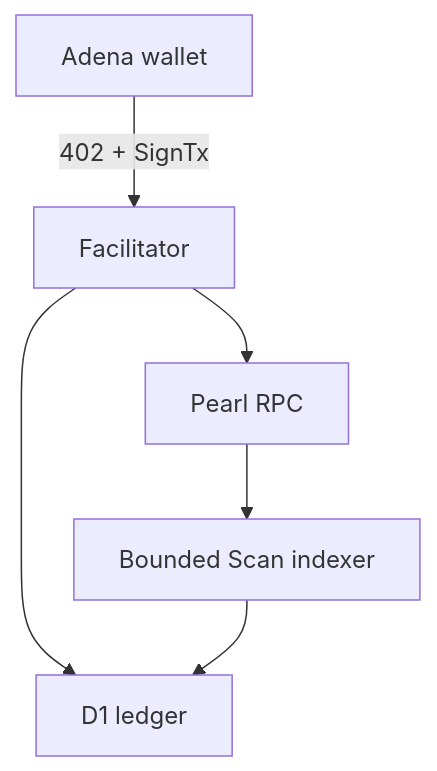
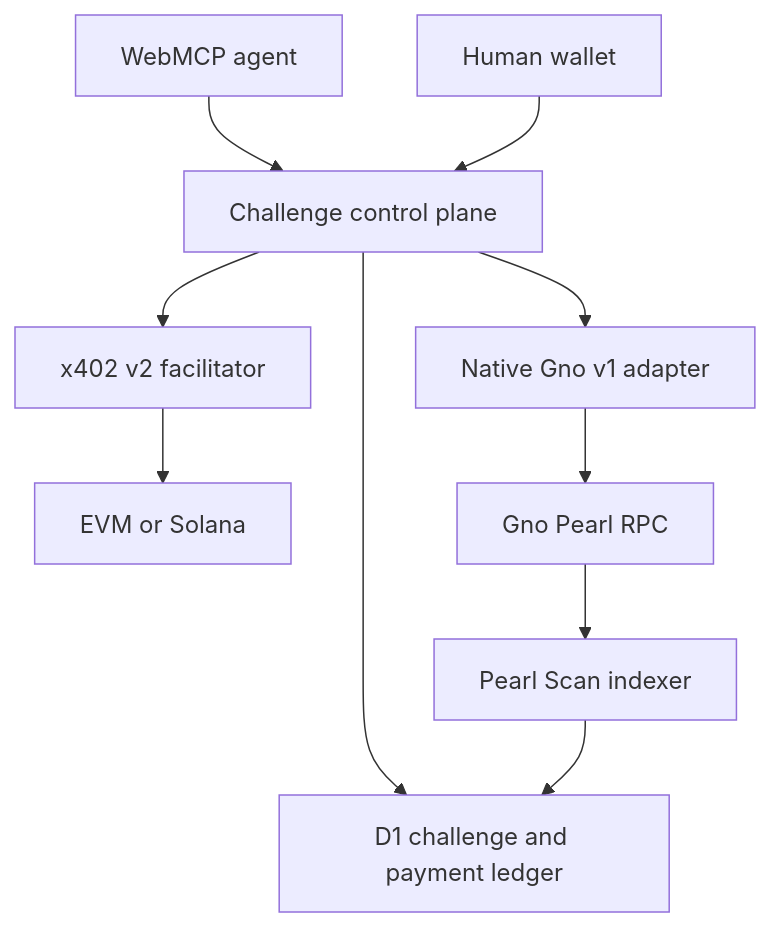
One commit to hex-aragon/g402-agent-treasury changed the diagram in docs/ARCHITECTURE.md. Above: the diagram before and after it, drawn with Mermaid. The commit also changed other lines of this file and 243 other files, not shown here.

Commit message:
Add chain-neutral EVM Solana and Gno payments

````diff
--- a/docs/ARCHITECTURE.md
+++ b/docs/ARCHITECTURE.md
@@ -5,8 +7,12 @@
 ```mermaid
 flowchart TD
-  W["Adena wallet"] -->|"402 + SignTx"| F["Facilitator"]
-  F --> D["D1 ledger"]
-  F --> R["Pearl RPC"]
-  R --> I["Bounded Scan indexer"]
-  I --> D
+  A["WebMCP agent"] --> C["Challenge control plane"]
+  H["Human wallet"] --> C
+  C --> D["D1 challenge and payment ledger"]
+  C --> X["x402 v2 facilitator"]
+  C --> G["Native Gno v1 adapter"]
+  X --> E["EVM or Solana"]
+  G --> P["Gno Pearl RPC"]
+  P --> S["Pearl Scan indexer"]
+  S --> D
 ```
````
